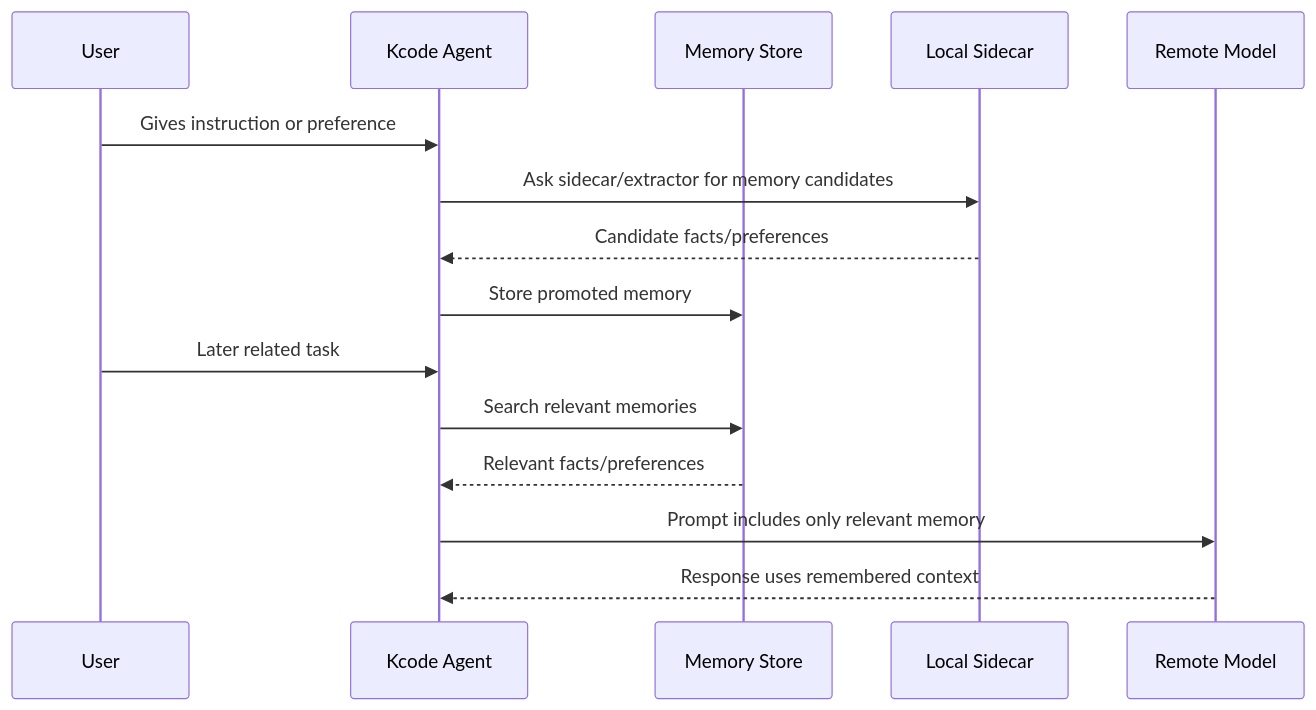
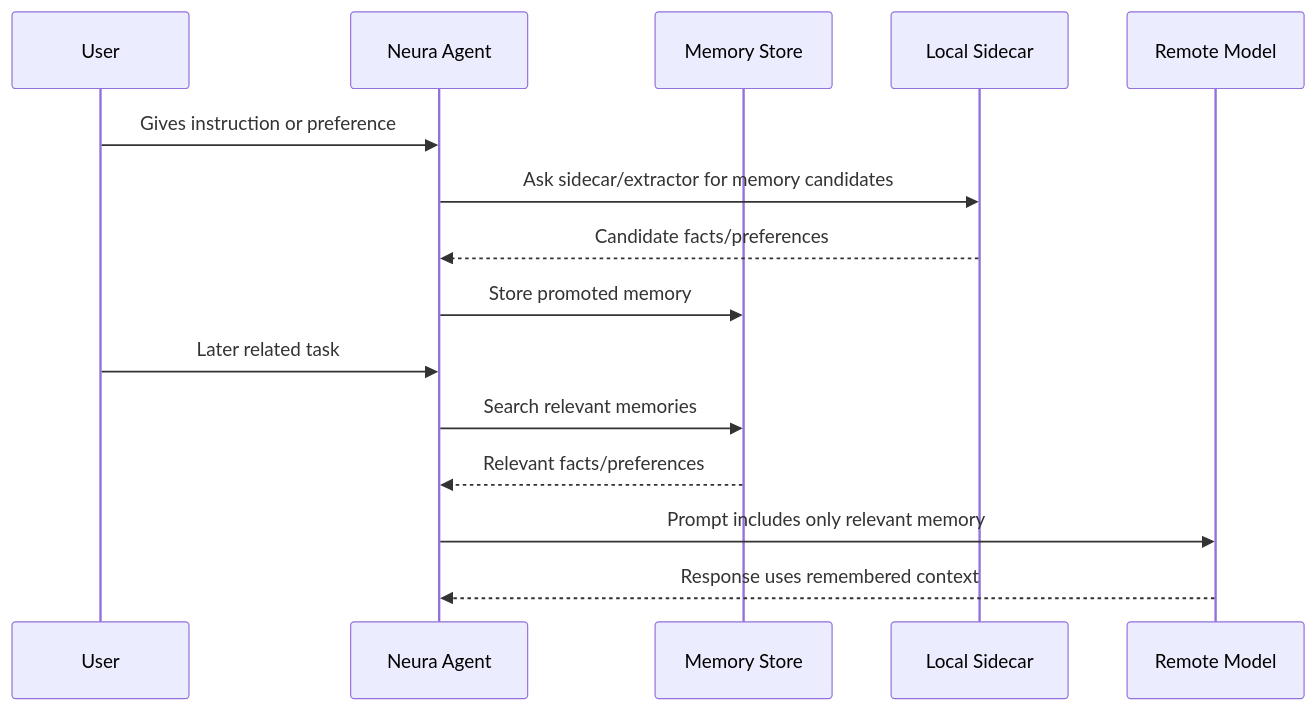
One commit to icedmoca/neura changed the eighth of 26 diagrams in docs/ABOUT.md. Above: the diagram before and after it, drawn with Mermaid. The commit also changed other lines of this file and 562 other files, not shown here.

Commit message:
Rename Kcode to Neura

````diff
--- a/docs/ABOUT.md
+++ b/docs/ABOUT.md
@@ -277,18 +277,18 @@
 ```mermaid
 sequenceDiagram
     participant U as User
-    participant A as Kcode Agent
+    participant A as Neura Agent
     participant M as Memory Store
     participant L as Local Sidecar
     participant R as Remote Model
 
     U->>A: Gives instruction or preference
     A->>L: Ask sidecar/extractor for memory candidates
     L-->>A: Candidate facts/preferences
     A->>M: Store promoted memory
     U->>A: Later related task
     A->>M: Search relevant memories
     M-->>A: Relevant facts/preferences
     A->>R: Prompt includes only relevant memory
     R-->>A: Response uses remembered context
 ```
````
